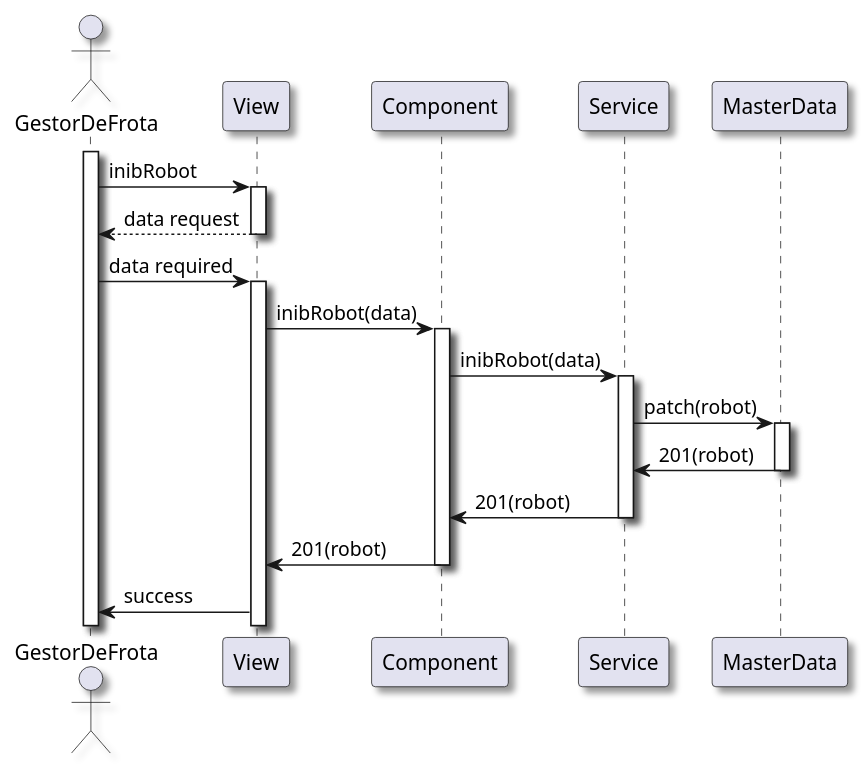
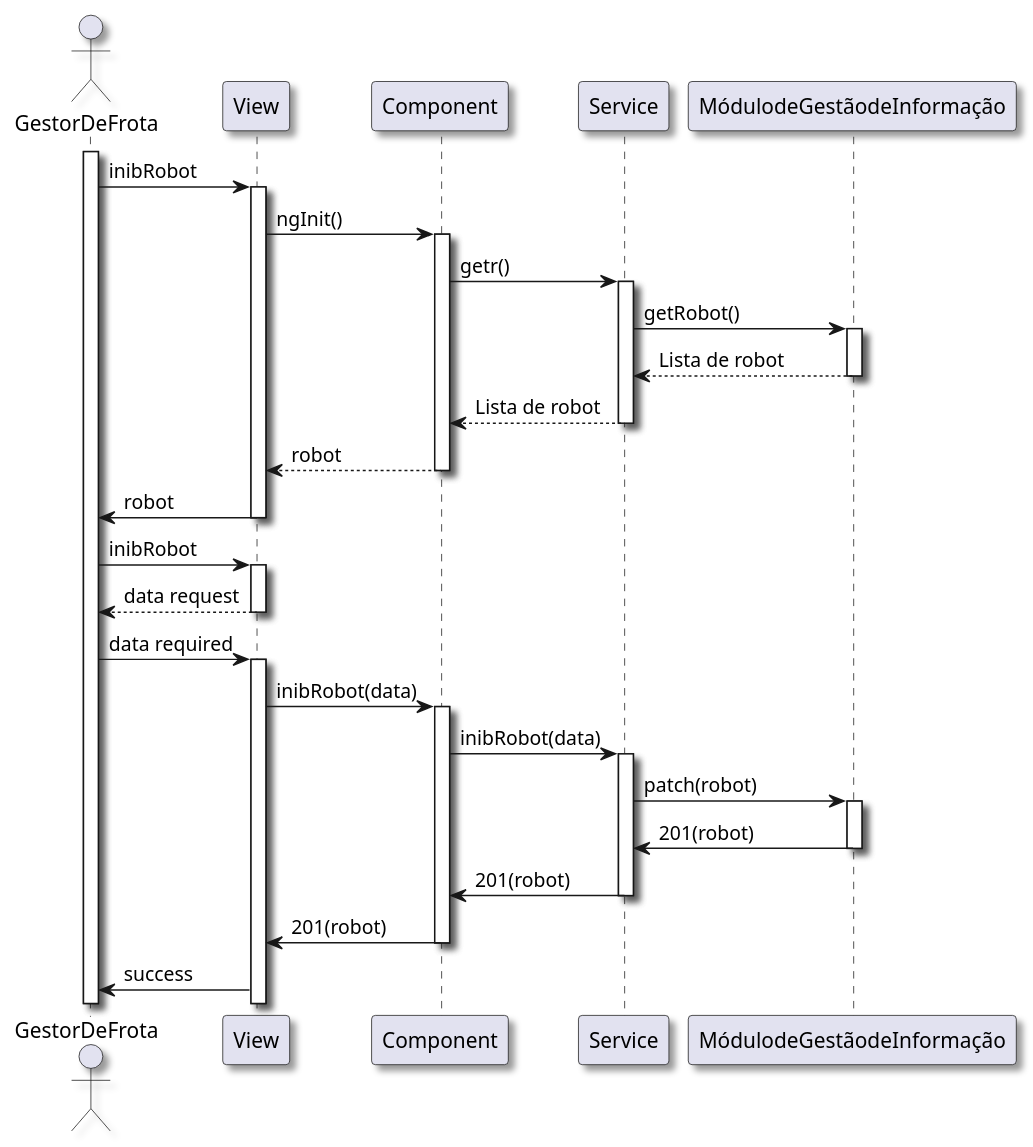
The diagram in docs/Sprint B/1210913/us1020/us1020-NVL3.puml (pedrocmesquita/RobDroneGo), drawn with PlantUML before and after one commit. The commit also changed 4 other files, not shown here.

```diff
--- a/docs/Sprint B/1210913/us1020/us1020-NVL3.puml
+++ b/docs/Sprint B/1210913/us1020/us1020-NVL3.puml
@@ -1,31 +1,48 @@
 @startuml
 skinparam handwritten false
 skinparam monochrome false
 skinparam packageStyle rect
 skinparam defaultFontName FG Virgil
 skinparam shadowing true
 
 actor GestorDeFrota as GestorDeFrota
 
 activate GestorDeFrota
 GestorDeFrota -> View: inibRobot
 activate View
+View -> Component: ngInit()
+activate Component
+Component -> Service: getr()
+activate Service
+Service -> MódulodeGestãodeInformação : getRobot()
+activate MódulodeGestãodeInformação
+MódulodeGestãodeInformação --> Service : Lista de robot
+deactivate MódulodeGestãodeInformação
+Service --> Component : Lista de robot
+deactivate Service
+Component --> View : robot
+deactivate Component
+View -> GestorDeFrota: robot
+deactivate View
+
+GestorDeFrota -> View: inibRobot
+activate View
 View --> GestorDeFrota: data request
 deactivate View
 GestorDeFrota -> View: data required
 activate View
 View -> Component: inibRobot(data)
 activate Component
 Component -> Service: inibRobot(data)
 activate Service
-Service -> MasterData: patch(robot)
-activate MasterData
-MasterData -> Service: 201(robot)
-deactivate MasterData
+Service -> MódulodeGestãodeInformação: patch(robot)
+activate MódulodeGestãodeInformação
+MódulodeGestãodeInformação -> Service: 201(robot)
+deactivate MódulodeGestãodeInformação
 Service -> Component: 201(robot)
 deactivate Service
 Component -> View: 201(robot)
 deactivate Component
 View -> GestorDeFrota: success
 
 @enduml
```
